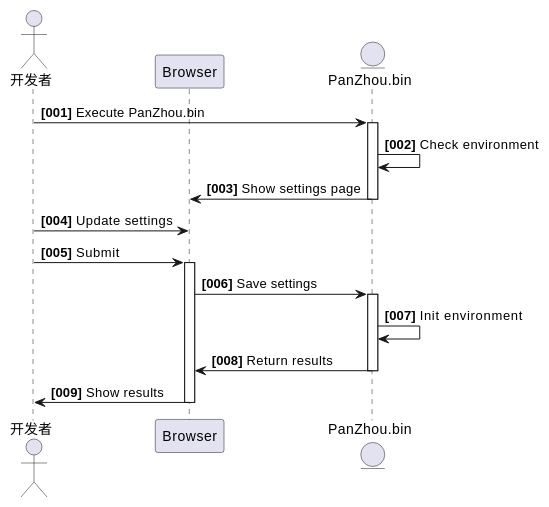
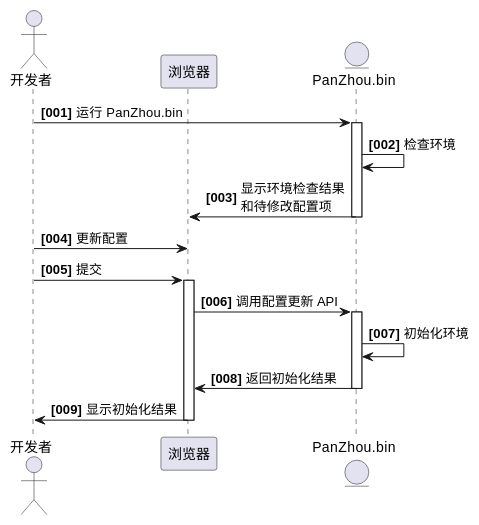
One commit to crazydan-studio/duzhou.crazydan.io changed the third of 3 diagrams in docs/100.development/100.design/150.arch.md. Above: the diagram before and after it, drawn with PlantUML.

````diff
--- a/docs/100.development/100.design/150.arch.md
+++ b/docs/100.development/100.design/150.arch.md
@@ -167,25 +167,25 @@
 ```plantuml
 autonumber "<b>[000]"
 
 actor "开发者" as user
-participant "Browser" as browser
+participant "浏览器" as browser
 entity "PanZhou.bin" as starter
 
-user -> starter: Execute PanZhou.bin
+user -> starter: 运行 PanZhou.bin
 activate starter
-  starter -> starter: Check environment
-  starter -> browser: Show settings page
+  starter -> starter: 检查环境
+  starter -> browser: 显示环境检查结果\n和待修改配置项
 deactivate starter
 
-user -> browser: Update settings
-user -> browser: Submit
+user -> browser: 更新配置
+user -> browser: 提交
 activate browser
-  browser -> starter: Save settings
+  browser -> starter: 调用配置更新 API
   activate starter
-    starter -> starter: Init environment
-    starter -> browser: Return results
+    starter -> starter: 初始化环境
+    starter -> browser: 返回初始化结果
   deactivate starter
 
-  browser -> user: Show results
+  browser -> user: 显示初始化结果
 deactivate browser
 ```
````
